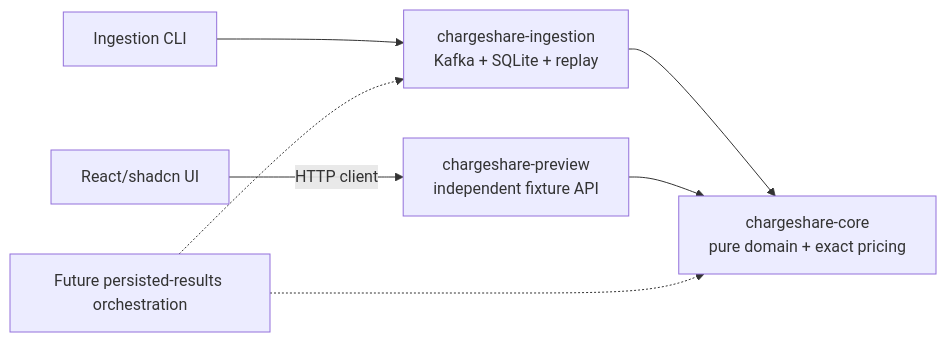
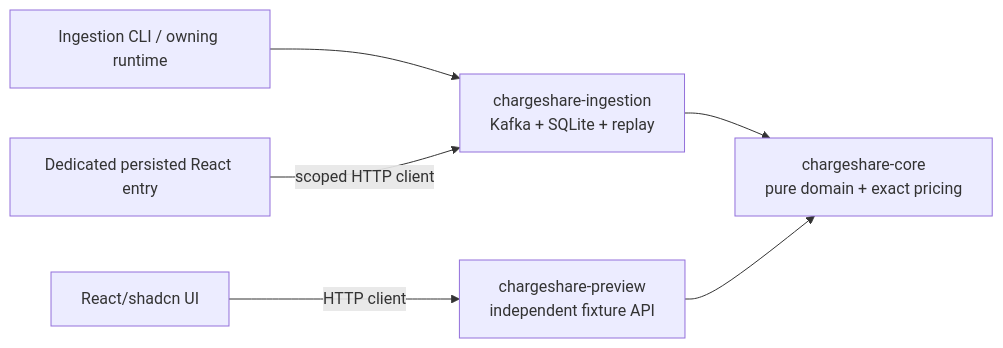
Before and after one commit to jestrada/ChargeShare: the diagram in docs/code-design.md, drawn with Mermaid. The commit also changed other lines of this file and 34 other files, not shown here.

First line of the commit message:
Deliver scoped persisted viewing from receiver to dashboard (#21) (#29)

````diff
--- a/docs/code-design.md
+++ b/docs/code-design.md
@@ -126,9 +127,8 @@
 ```mermaid
 flowchart LR
-    cli["Ingestion CLI"] --> ingestion["chargeshare-ingestion<br/>Kafka + SQLite + replay"]
+    cli["Ingestion CLI / owning runtime"] --> ingestion["chargeshare-ingestion<br/>Kafka + SQLite + replay"]
     ingestion --> domain["chargeshare-core<br/>pure domain + exact pricing"]
     preview["chargeshare-preview<br/>independent fixture API"] --> domain
     ui["React/shadcn UI"] -- "HTTP client" --> preview
-    future["Future persisted-results orchestration"] -.-> ingestion
-    future -.-> domain
+    persisted["Dedicated persisted React entry"] -- "scoped HTTP client" --> ingestion
 ```
````
